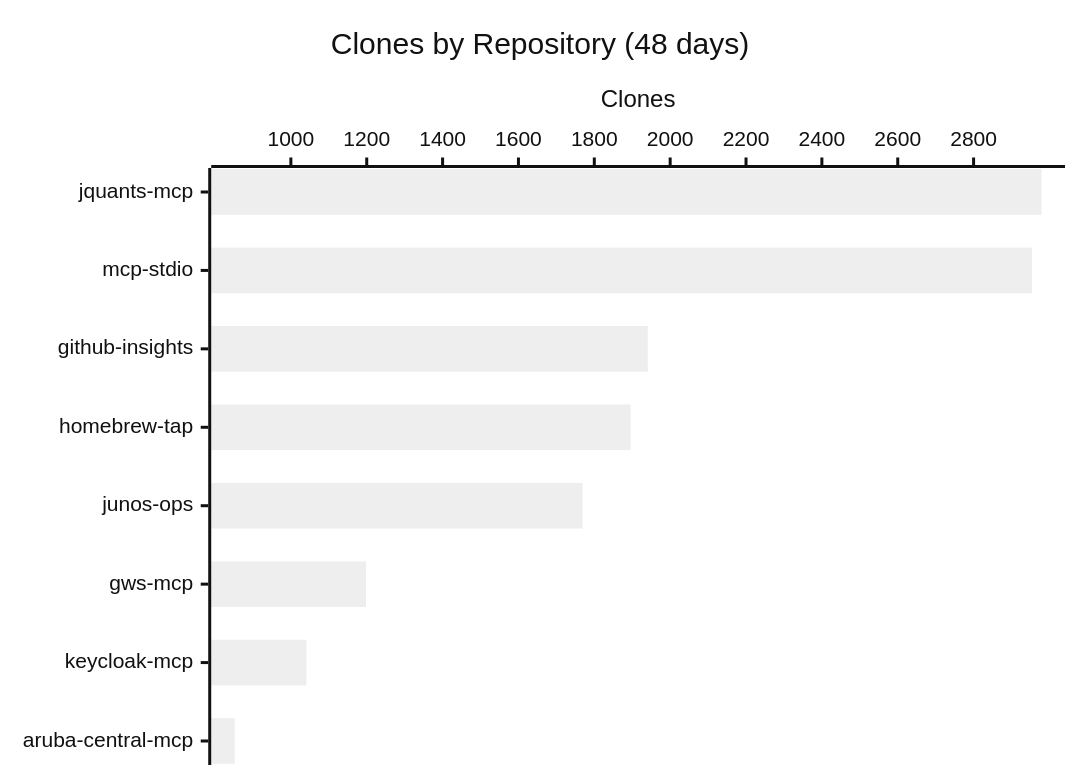
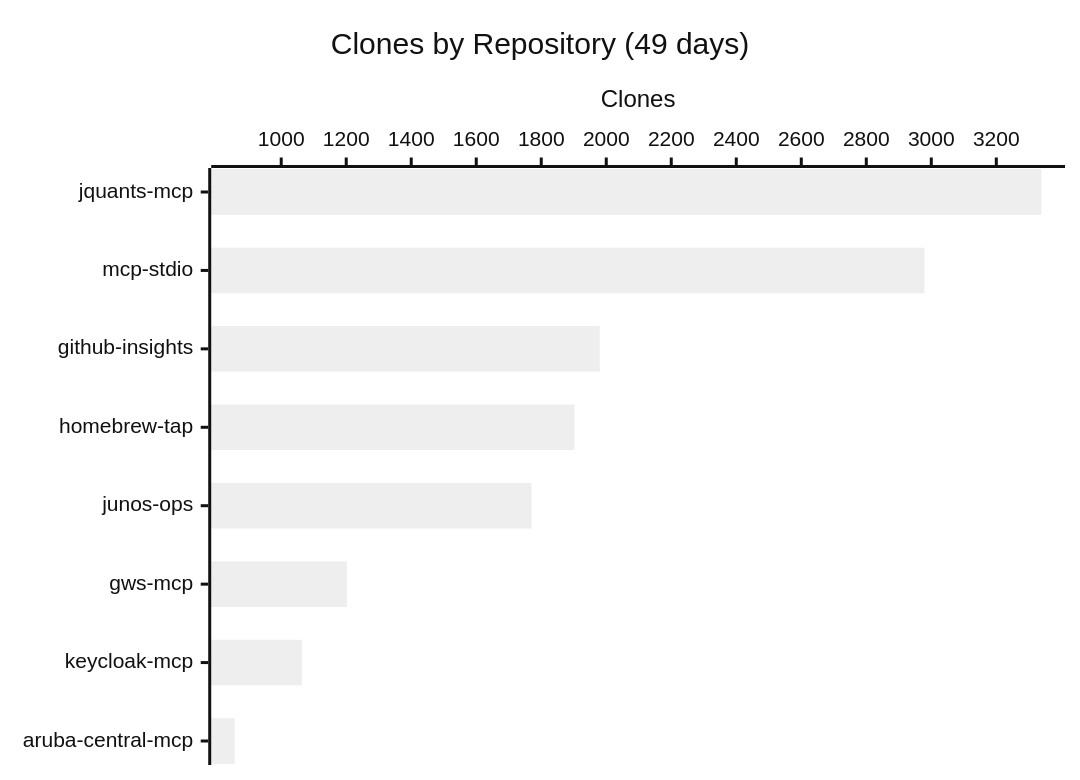
The third of 3 diagrams in README.md (shigechika/github-insights), drawn with Mermaid (neutral theme) before and after one commit. The commit also changed other lines of this file and 2 other files, not shown here.

````diff
--- a/README.md
+++ b/README.md
@@ -38,7 +38,7 @@
 ```mermaid
 xychart-beta horizontal
-    title "Clones by Repository (48 days)"
+    title "Clones by Repository (49 days)"
     x-axis ["jquants-mcp", "mcp-stdio", "github-insights", "homebrew-tap", "junos-ops", "gws-mcp", "keycloak-mcp", "aruba-central-mcp"]
     y-axis "Clones"
-    bar [2979, 2954, 1941, 1896, 1769, 1198, 1041, 852]
+    bar [3339, 2979, 1980, 1902, 1770, 1202, 1064, 857]
 ```
````
